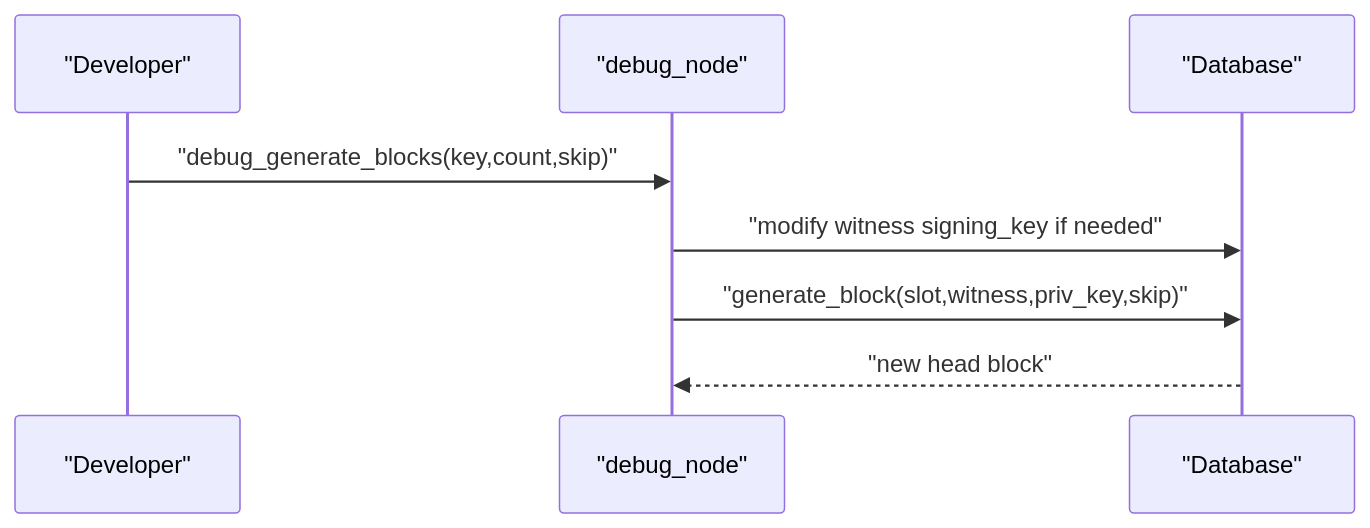
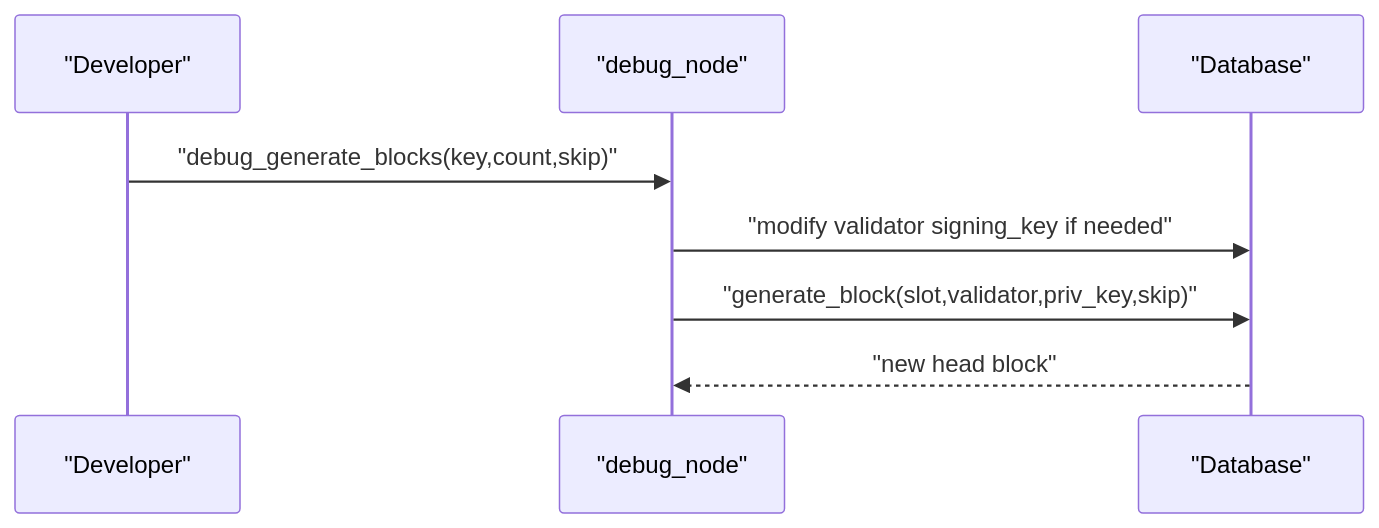
The eighth of 8 diagrams in .qoder/repowiki/en/content/Development Tools/Debugging Tools/Debugging Tools.md (VIZ-Blockchain/viz-cpp-node), drawn with Mermaid before and after one commit. The commit also changed other lines of this file and 88 other files, not shown here.

First line of the commit message:
docs(validator): rename witness to validator throughout documentation

````diff
--- a/.qoder/repowiki/en/content/Development Tools/Debugging Tools/Debugging Tools.md
+++ b/.qoder/repowiki/en/content/Development Tools/Debugging Tools/Debugging Tools.md
@@ -390,10 +390,10 @@
 ```mermaid
 sequenceDiagram
 participant Dev as "Developer"
 participant DNP as "debug_node"
 participant DB as "Database"
 Dev->>DNP : "debug_generate_blocks(key,count,skip)"
-DNP->>DB : "modify witness signing_key if needed"
-DNP->>DB : "generate_block(slot,witness,priv_key,skip)"
+DNP->>DB : "modify validator signing_key if needed"
+DNP->>DB : "generate_block(slot,validator,priv_key,skip)"
 DB-->>DNP : "new head block"
 ```
````
